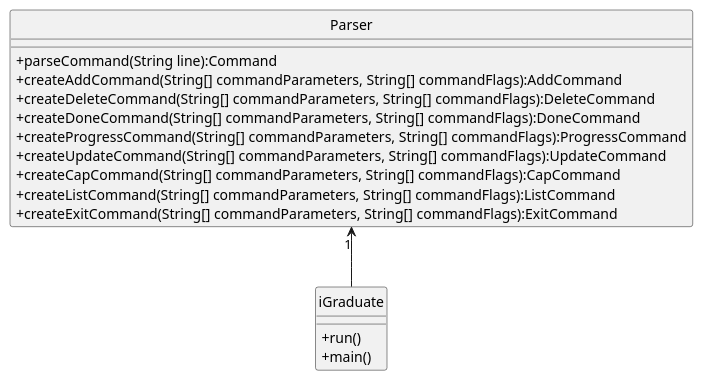
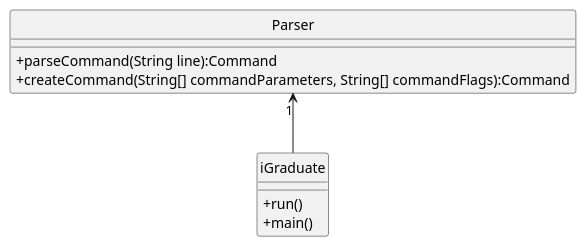
One commit to oscarlai1998/tp changed the diagram in docs/diagrams/ParserClassDiagram.puml. Above: the diagram before and after it, drawn with PlantUML. The commit also changed 19 other files, not shown here.

Commit message:
Modify sequence diagrams and captions of DG

```diff
--- a/docs/diagrams/ParserClassDiagram.puml
+++ b/docs/diagrams/ParserClassDiagram.puml
@@ -1,19 +1,12 @@
 @startuml
 hide circle
 skinparam classAttributeIconSize 0
 
 Parser"1" <-- iGraduate
 Parser : +parseCommand(String line):Command
 
-Parser : +createAddCommand(String[] commandParameters, String[] commandFlags):AddCommand
-Parser : +createDeleteCommand(String[] commandParameters, String[] commandFlags):DeleteCommand
-Parser : +createDoneCommand(String[] commandParameters, String[] commandFlags):DoneCommand
-Parser : +createProgressCommand(String[] commandParameters, String[] commandFlags):ProgressCommand
-Parser : +createUpdateCommand(String[] commandParameters, String[] commandFlags):UpdateCommand
-Parser : +createCapCommand(String[] commandParameters, String[] commandFlags):CapCommand
-Parser : +createListCommand(String[] commandParameters, String[] commandFlags):ListCommand
-Parser : +createExitCommand(String[] commandParameters, String[] commandFlags):ExitCommand
+Parser : +createCommand(String[] commandParameters, String[] commandFlags):Command
 
 iGraduate : +run()
 iGraduate : +main()
 @enduml
```
